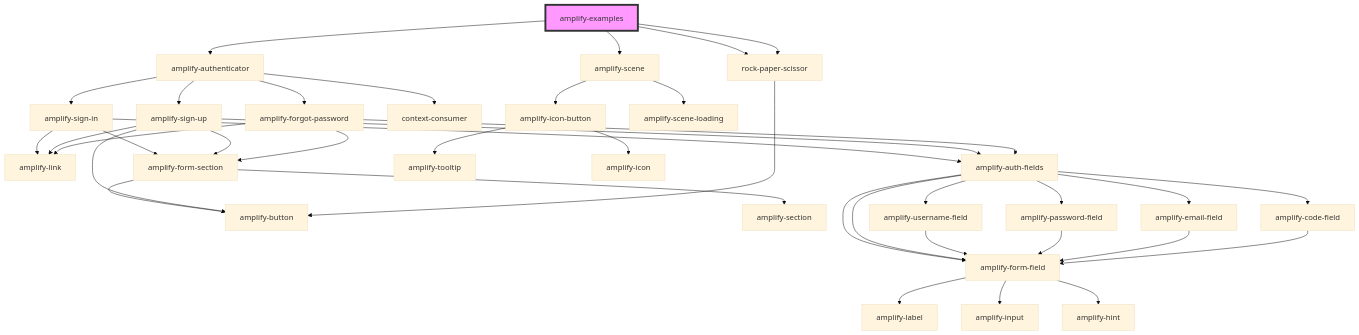
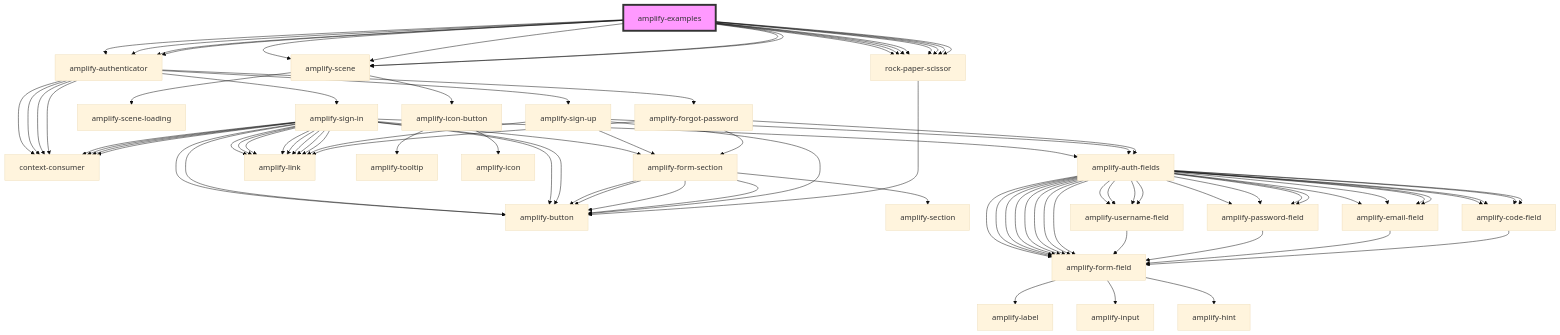
The diagram in packages/amplify-ui-components/src/components/amplify-examples/readme.md (aws-amplify/amplify-js), drawn with Mermaid (base theme) before and after one commit. The commit also changed other lines of this file and 10 other files, not shown here.

Commit message:
feat: amplify-sign-in component, authState refactor

````diff
--- a/packages/amplify-ui-components/src/components/amplify-examples/readme.md
+++ b/packages/amplify-ui-components/src/components/amplify-examples/readme.md
@@ -16,5 +28,17 @@
 ```mermaid
 graph TD;
+  amplify-examples --> amplify-authenticator
+  amplify-examples --> rock-paper-scissor
+  amplify-examples --> rock-paper-scissor
+  amplify-examples --> amplify-scene
+  amplify-examples --> amplify-authenticator
+  amplify-examples --> rock-paper-scissor
+  amplify-examples --> rock-paper-scissor
+  amplify-examples --> amplify-scene
+  amplify-examples --> amplify-authenticator
+  amplify-examples --> rock-paper-scissor
+  amplify-examples --> rock-paper-scissor
+  amplify-examples --> amplify-scene
   amplify-examples --> amplify-authenticator
   amplify-examples --> rock-paper-scissor
   amplify-examples --> rock-paper-scissor
@@ -23,11 +47,50 @@
   amplify-authenticator --> amplify-sign-up
   amplify-authenticator --> amplify-forgot-password
   amplify-authenticator --> context-consumer
-  amplify-sign-in --> amplify-link
+  amplify-authenticator --> context-consumer
+  amplify-authenticator --> context-consumer
+  amplify-authenticator --> context-consumer
   amplify-sign-in --> amplify-form-section
   amplify-sign-in --> amplify-auth-fields
+  amplify-sign-in --> amplify-link
+  amplify-sign-in --> context-consumer
+  amplify-sign-in --> amplify-link
+  amplify-sign-in --> amplify-button
+  amplify-sign-in --> amplify-link
+  amplify-sign-in --> context-consumer
+  amplify-sign-in --> amplify-link
+  amplify-sign-in --> amplify-button
+  amplify-sign-in --> amplify-link
+  amplify-sign-in --> context-consumer
+  amplify-sign-in --> amplify-link
+  amplify-sign-in --> amplify-button
+  amplify-sign-in --> amplify-link
+  amplify-sign-in --> context-consumer
+  amplify-sign-in --> amplify-link
+  amplify-sign-in --> amplify-button
+  amplify-form-section --> amplify-section
   amplify-form-section --> amplify-button
-  amplify-form-section --> amplify-section
+  amplify-form-section --> amplify-button
+  amplify-form-section --> amplify-button
+  amplify-form-section --> amplify-button
+  amplify-auth-fields --> amplify-username-field
+  amplify-auth-fields --> amplify-password-field
+  amplify-auth-fields --> amplify-email-field
+  amplify-auth-fields --> amplify-code-field
+  amplify-auth-fields --> amplify-form-field
+  amplify-auth-fields --> amplify-form-field
+  amplify-auth-fields --> amplify-username-field
+  amplify-auth-fields --> amplify-password-field
+  amplify-auth-fields --> amplify-email-field
+  amplify-auth-fields --> amplify-code-field
+  amplify-auth-fields --> amplify-form-field
+  amplify-auth-fields --> amplify-form-field
+  amplify-auth-fields --> amplify-username-field
+  amplify-auth-fields --> amplify-password-field
+  amplify-auth-fields --> amplify-email-field
+  amplify-auth-fields --> amplify-code-field
+  amplify-auth-fields --> amplify-form-field
+  amplify-auth-fields --> amplify-form-field
   amplify-auth-fields --> amplify-username-field
   amplify-auth-fields --> amplify-password-field
   amplify-auth-fields --> amplify-email-field
````
